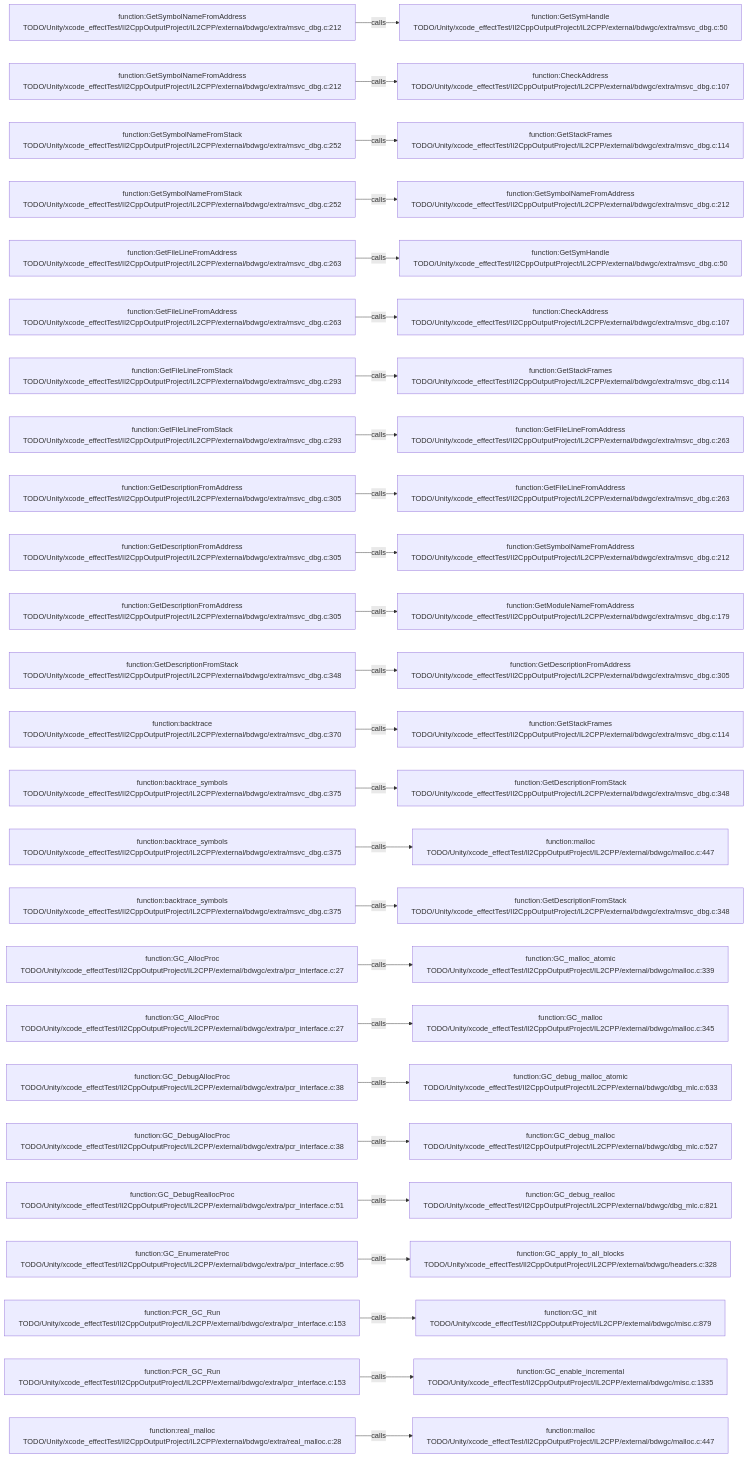
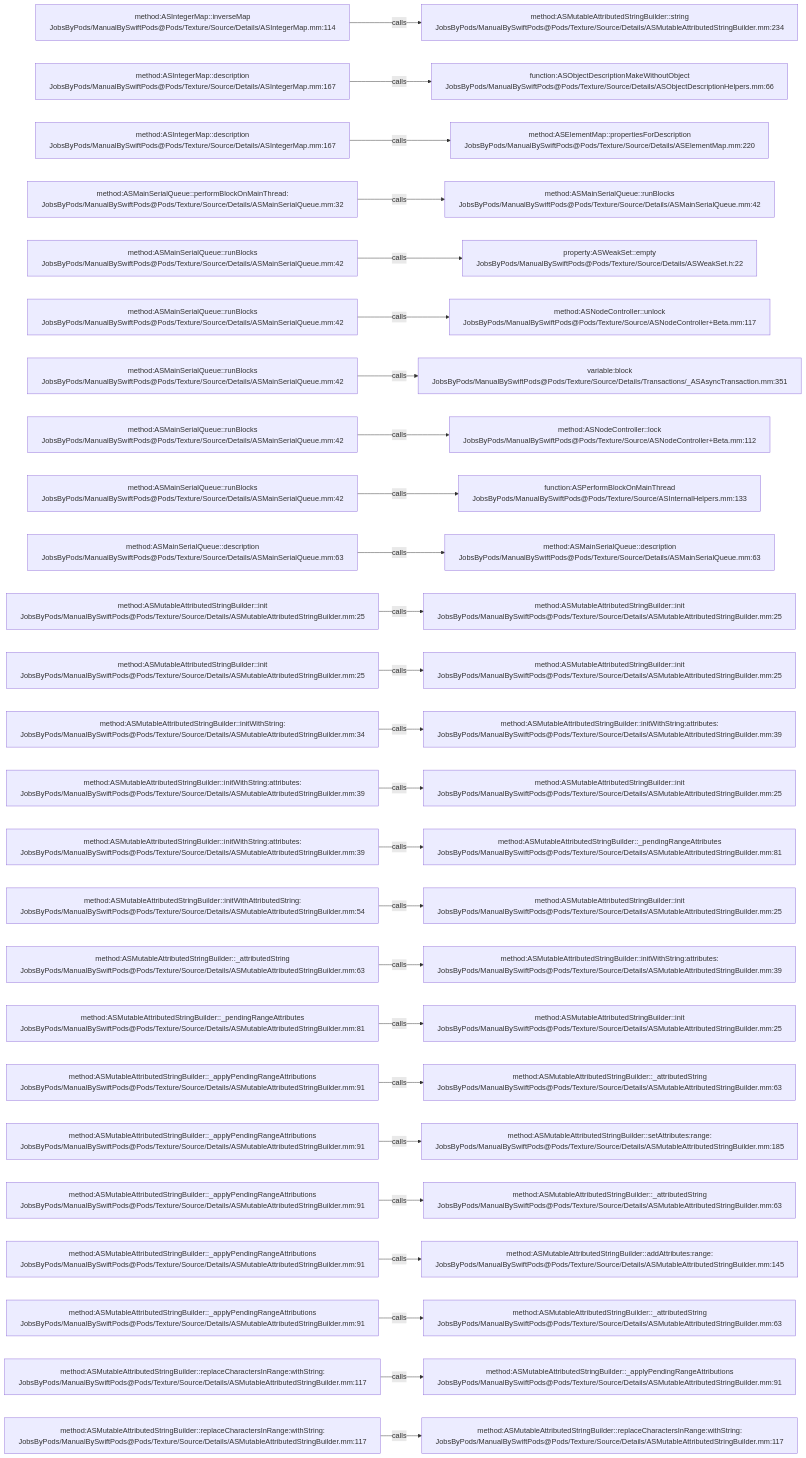
Before and after one commit to JobsKits/JobsSwiftBaseConfigDemo: the diagram in .codegraph/codegraph.md/graphs/calls-108.md, drawn with Mermaid. The commit also changed 2959 other files, not shown here.

````diff
--- a/.codegraph/codegraph.md/graphs/calls-108.md
+++ b/.codegraph/codegraph.md/graphs/calls-108.md
@@ -13,78 +13,78 @@
 ```mermaid
 flowchart LR
-  S1["function:GetSymbolNameFromAddress<br/>TODO/Unity/xcode_effectTest/Il2CppOutputProject/IL2CPP/external/bdwgc/extra/msvc_dbg.c:212"]
-  T1["function:GetSymHandle<br/>TODO/Unity/xcode_effectTest/Il2CppOutputProject/IL2CPP/external/bdwgc/extra/msvc_dbg.c:50"]
+  S1["method:ASIntegerMap::inverseMap<br/>JobsByPods/ManualBySwiftPods@Pods/Texture/Source/Details/ASIntegerMap.mm:114"]
+  T1["method:ASMutableAttributedStringBuilder::string<br/>JobsByPods/ManualBySwiftPods@Pods/Texture/Source/Details/ASMutableAttributedStringBuilder.mm:234"]
   S1 -->|calls| T1
-  S2["function:GetSymbolNameFromAddress<br/>TODO/Unity/xcode_effectTest/Il2CppOutputProject/IL2CPP/external/bdwgc/extra/msvc_dbg.c:212"]
-  T2["function:CheckAddress<br/>TODO/Unity/xcode_effectTest/Il2CppOutputProject/IL2CPP/external/bdwgc/extra/msvc_dbg.c:107"]
+  S2["method:ASIntegerMap::description<br/>JobsByPods/ManualBySwiftPods@Pods/Texture/Source/Details/ASIntegerMap.mm:167"]
+  T2["function:ASObjectDescriptionMakeWithoutObject<br/>JobsByPods/ManualBySwiftPods@Pods/Texture/Source/Details/ASObjectDescriptionHelpers.mm:66"]
   S2 -->|calls| T2
-  S3["function:GetSymbolNameFromStack<br/>TODO/Unity/xcode_effectTest/Il2CppOutputProject/IL2CPP/external/bdwgc/extra/msvc_dbg.c:252"]
-  T3["function:GetStackFrames<br/>TODO/Unity/xcode_effectTest/Il2CppOutputProject/IL2CPP/external/bdwgc/extra/msvc_dbg.c:114"]
+  S3["method:ASIntegerMap::description<br/>JobsByPods/ManualBySwiftPods@Pods/Texture/Source/Details/ASIntegerMap.mm:167"]
+  T3["method:ASElementMap::propertiesForDescription<br/>JobsByPods/ManualBySwiftPods@Pods/Texture/Source/Details/ASElementMap.mm:220"]
   S3 -->|calls| T3
-  S4["function:GetSymbolNameFromStack<br/>TODO/Unity/xcode_effectTest/Il2CppOutputProject/IL2CPP/external/bdwgc/extra/msvc_dbg.c:252"]
-  T4["function:GetSymbolNameFromAddress<br/>TODO/Unity/xcode_effectTest/Il2CppOutputProject/IL2CPP/external/bdwgc/extra/msvc_dbg.c:212"]
+  S4["method:ASMainSerialQueue::performBlockOnMainThread:<br/>JobsByPods/ManualBySwiftPods@Pods/Texture/Source/Details/ASMainSerialQueue.mm:32"]
+  T4["method:ASMainSerialQueue::runBlocks<br/>JobsByPods/ManualBySwiftPods@Pods/Texture/Source/Details/ASMainSerialQueue.mm:42"]
   S4 -->|calls| T4
-  S5["function:GetFileLineFromAddress<br/>TODO/Unity/xcode_effectTest/Il2CppOutputProject/IL2CPP/external/bdwgc/extra/msvc_dbg.c:263"]
-  T5["function:GetSymHandle<br/>TODO/Unity/xcode_effectTest/Il2CppOutputProject/IL2CPP/external/bdwgc/extra/msvc_dbg.c:50"]
+  S5["method:ASMainSerialQueue::runBlocks<br/>JobsByPods/ManualBySwiftPods@Pods/Texture/Source/Details/ASMainSerialQueue.mm:42"]
+  T5["property:ASWeakSet::empty<br/>JobsByPods/ManualBySwiftPods@Pods/Texture/Source/Details/ASWeakSet.h:22"]
   S5 -->|calls| T5
-  S6["function:GetFileLineFromAddress<br/>TODO/Unity/xcode_effectTest/Il2CppOutputProject/IL2CPP/external/bdwgc/extra/msvc_dbg.c:263"]
-  T6["function:CheckAddress<br/>TODO/Unity/xcode_effectTest/Il2CppOutputProject/IL2CPP/external/bdwgc/extra/msvc_dbg.c:107"]
+  S6["method:ASMainSerialQueue::runBlocks<br/>JobsByPods/ManualBySwiftPods@Pods/Texture/Source/Details/ASMainSerialQueue.mm:42"]
+  T6["method:ASNodeController::unlock<br/>JobsByPods/ManualBySwiftPods@Pods/Texture/Source/ASNodeController+Beta.mm:117"]
   S6 -->|calls| T6
-  S7["function:GetFileLineFromStack<br/>TODO/Unity/xcode_effectTest/Il2CppOutputProject/IL2CPP/external/bdwgc/extra/msvc_dbg.c:293"]
-  T7["function:GetStackFrames<br/>TODO/Unity/xcode_effectTest/Il2CppOutputProject/IL2CPP/external/bdwgc/extra/msvc_dbg.c:114"]
+  S7["method:ASMainSerialQueue::runBlocks<br/>JobsByPods/ManualBySwiftPods@Pods/Texture/Source/Details/ASMainSerialQueue.mm:42"]
+  T7["variable:block<br/>JobsByPods/ManualBySwiftPods@Pods/Texture/Source/Details/Transactions/_ASAsyncTransaction.mm:351"]
   S7 -->|calls| T7
-  S8["function:GetFileLineFromStack<br/>TODO/Unity/xcode_effectTest/Il2CppOutputProject/IL2CPP/external/bdwgc/extra/msvc_dbg.c:293"]
-  T8["function:GetFileLineFromAddress<br/>TODO/Unity/xcode_effectTest/Il2CppOutputProject/IL2CPP/external/bdwgc/extra/msvc_dbg.c:263"]
+  S8["method:ASMainSerialQueue::runBlocks<br/>JobsByPods/ManualBySwiftPods@Pods/Texture/Source/Details/ASMainSerialQueue.mm:42"]
+  T8["method:ASNodeController::lock<br/>JobsByPods/ManualBySwiftPods@Pods/Texture/Source/ASNodeController+Beta.mm:112"]
   S8 -->|calls| T8
-  S9["function:GetDescriptionFromAddress<br/>TODO/Unity/xcode_effectTest/Il2CppOutputProject/IL2CPP/external/bdwgc/extra/msvc_dbg.c:305"]
-  T9["function:GetFileLineFromAddress<br/>TODO/Unity/xcode_effectTest/Il2CppOutputProject/IL2CPP/external/bdwgc/extra/msvc_dbg.c:263"]
+  S9["method:ASMainSerialQueue::runBlocks<br/>JobsByPods/ManualBySwiftPods@Pods/Texture/Source/Details/ASMainSerialQueue.mm:42"]
+  T9["function:ASPerformBlockOnMainThread<br/>JobsByPods/ManualBySwiftPods@Pods/Texture/Source/ASInternalHelpers.mm:133"]
   S9 -->|calls| T9
-  S10["function:GetDescriptionFromAddress<br/>TODO/Unity/xcode_effectTest/Il2CppOutputProject/IL2CPP/external/bdwgc/extra/msvc_dbg.c:305"]
-  T10["function:GetSymbolNameFromAddress<br/>TODO/Unity/xcode_effectTest/Il2CppOutputProject/IL2CPP/external/bdwgc/extra/msvc_dbg.c:212"]
+  S10["method:ASMainSerialQueue::description<br/>JobsByPods/ManualBySwiftPods@Pods/Texture/Source/Details/ASMainSerialQueue.mm:63"]
+  T10["method:ASMainSerialQueue::description<br/>JobsByPods/ManualBySwiftPods@Pods/Texture/Source/Details/ASMainSerialQueue.mm:63"]
   S10 -->|calls| T10
-  S11["function:GetDescriptionFromAddress<br/>TODO/Unity/xcode_effectTest/Il2CppOutputProject/IL2CPP/external/bdwgc/extra/msvc_dbg.c:305"]
-  T11["function:GetModuleNameFromAddress<br/>TODO/Unity/xcode_effectTest/Il2CppOutputProject/IL2CPP/external/bdwgc/extra/msvc_dbg.c:179"]
+  S11["method:ASMutableAttributedStringBuilder::init<br/>JobsByPods/ManualBySwiftPods@Pods/Texture/Source/Details/ASMutableAttributedStringBuilder.mm:25"]
+  T11["method:ASMutableAttributedStringBuilder::init<br/>JobsByPods/ManualBySwiftPods@Pods/Texture/Source/Details/ASMutableAttributedStringBuilder.mm:25"]
   S11 -->|calls| T11
-  S12["function:GetDescriptionFromStack<br/>TODO/Unity/xcode_effectTest/Il2CppOutputProject/IL2CPP/external/bdwgc/extra/msvc_dbg.c:348"]
-  T12["function:GetDescriptionFromAddress<br/>TODO/Unity/xcode_effectTest/Il2CppOutputProject/IL2CPP/external/bdwgc/extra/msvc_dbg.c:305"]
+  S12["method:ASMutableAttributedStringBuilder::init<br/>JobsByPods/ManualBySwiftPods@Pods/Texture/Source/Details/ASMutableAttributedStringBuilder.mm:25"]
+  T12["method:ASMutableAttributedStringBuilder::init<br/>JobsByPods/ManualBySwiftPods@Pods/Texture/Source/Details/ASMutableAttributedStringBuilder.mm:25"]
   S12 -->|calls| T12
-  S13["function:backtrace<br/>TODO/Unity/xcode_effectTest/Il2CppOutputProject/IL2CPP/external/bdwgc/extra/msvc_dbg.c:370"]
-  T13["function:GetStackFrames<br/>TODO/Unity/xcode_effectTest/Il2CppOutputProject/IL2CPP/external/bdwgc/extra/msvc_dbg.c:114"]
+  S13["method:ASMutableAttributedStringBuilder::initWithString:<br/>JobsByPods/ManualBySwiftPods@Pods/Texture/Source/Details/ASMutableAttributedStringBuilder.mm:34"]
+  T13["method:ASMutableAttributedStringBuilder::initWithString:attributes:<br/>JobsByPods/ManualBySwiftPods@Pods/Texture/Source/Details/ASMutableAttributedStringBuilder.mm:39"]
   S13 -->|calls| T13
-  S14["function:backtrace_symbols<br/>TODO/Unity/xcode_effectTest/Il2CppOutputProject/IL2CPP/external/bdwgc/extra/msvc_dbg.c:375"]
-  T14["function:GetDescriptionFromStack<br/>TODO/Unity/xcode_effectTest/Il2CppOutputProject/IL2CPP/external/bdwgc/extra/msvc_dbg.c:348"]
+  S14["method:ASMutableAttributedStringBuilder::initWithString:attributes:<br/>JobsByPods/ManualBySwiftPods@Pods/Texture/Source/Details/ASMutableAttributedStringBuilder.mm:39"]
+  T14["method:ASMutableAttributedStringBuilder::init<br/>JobsByPods/ManualBySwiftPods@Pods/Texture/Source/Details/ASMutableAttributedStringBuilder.mm:25"]
   S14 -->|calls| T14
-  S15["function:backtrace_symbols<br/>TODO/Unity/xcode_effectTest/Il2CppOutputProject/IL2CPP/external/bdwgc/extra/msvc_dbg.c:375"]
-  T15["function:malloc<br/>TODO/Unity/xcode_effectTest/Il2CppOutputProject/IL2CPP/external/bdwgc/malloc.c:447"]
+  S15["method:ASMutableAttributedStringBuilder::initWithString:attributes:<br/>JobsByPods/ManualBySwiftPods@Pods/Texture/Source/Details/ASMutableAttributedStringBuilder.mm:39"]
+  T15["method:ASMutableAttributedStringBuilder::_pendingRangeAttributes<br/>JobsByPods/ManualBySwiftPods@Pods/Texture/Source/Details/ASMutableAttributedStringBuilder.mm:81"]
   S15 -->|calls| T15
-  S16["function:backtrace_symbols<br/>TODO/Unity/xcode_effectTest/Il2CppOutputProject/IL2CPP/external/bdwgc/extra/msvc_dbg.c:375"]
-  T16["function:GetDescriptionFromStack<br/>TODO/Unity/xcode_effectTest/Il2CppOutputProject/IL2CPP/external/bdwgc/extra/msvc_dbg.c:348"]
+  S16["method:ASMutableAttributedStringBuilder::initWithAttributedString:<br/>JobsByPods/ManualBySwiftPods@Pods/Texture/Source/Details/ASMutableAttributedStringBuilder.mm:54"]
+  T16["method:ASMutableAttributedStringBuilder::init<br/>JobsByPods/ManualBySwiftPods@Pods/Texture/Source/Details/ASMutableAttributedStringBuilder.mm:25"]
   S16 -->|calls| T16
-  S17["function:GC_AllocProc<br/>TODO/Unity/xcode_effectTest/Il2CppOutputProject/IL2CPP/external/bdwgc/extra/pcr_interface.c:27"]
-  T17["function:GC_malloc_atomic<br/>TODO/Unity/xcode_effectTest/Il2CppOutputProject/IL2CPP/external/bdwgc/malloc.c:339"]
+  S17["method:ASMutableAttributedStringBuilder::_attributedString<br/>JobsByPods/ManualBySwiftPods@Pods/Texture/Source/Details/ASMutableAttributedStringBuilder.mm:63"]
+  T17["method:ASMutableAttributedStringBuilder::initWithString:attributes:<br/>JobsByPods/ManualBySwiftPods@Pods/Texture/Source/Details/ASMutableAttributedStringBuilder.mm:39"]
   S17 -->|calls| T17
-  S18["function:GC_AllocProc<br/>TODO/Unity/xcode_effectTest/Il2CppOutputProject/IL2CPP/external/bdwgc/extra/pcr_interface.c:27"]
-  T18["function:GC_malloc<br/>TODO/Unity/xcode_effectTest/Il2CppOutputProject/IL2CPP/external/bdwgc/malloc.c:345"]
+  S18["method:ASMutableAttributedStringBuilder::_pendingRangeAttributes<br/>JobsByPods/ManualBySwiftPods@Pods/Texture/Source/Details/ASMutableAttributedStringBuilder.mm:81"]
+  T18["method:ASMutableAttributedStringBuilder::init<br/>JobsByPods/ManualBySwiftPods@Pods/Texture/Source/Details/ASMutableAttributedStringBuilder.mm:25"]
   S18 -->|calls| T18
-  S19["function:GC_DebugAllocProc<br/>TODO/Unity/xcode_effectTest/Il2CppOutputProject/IL2CPP/external/bdwgc/extra/pcr_interface.c:38"]
-  T19["function:GC_debug_malloc_atomic<br/>TODO/Unity/xcode_effectTest/Il2CppOutputProject/IL2CPP/external/bdwgc/dbg_mlc.c:633"]
+  S19["method:ASMutableAttributedStringBuilder::_applyPendingRangeAttributions<br/>JobsByPods/ManualBySwiftPods@Pods/Texture/Source/Details/ASMutableAttributedStringBuilder.mm:91"]
+  T19["method:ASMutableAttributedStringBuilder::_attributedString<br/>JobsByPods/ManualBySwiftPods@Pods/Texture/Source/Details/ASMutableAttributedStringBuilder.mm:63"]
   S19 -->|calls| T19
-  S20["function:GC_DebugAllocProc<br/>TODO/Unity/xcode_effectTest/Il2CppOutputProject/IL2CPP/external/bdwgc/extra/pcr_interface.c:38"]
-  T20["function:GC_debug_malloc<br/>TODO/Unity/xcode_effectTest/Il2CppOutputProject/IL2CPP/external/bdwgc/dbg_mlc.c:527"]
+  S20["method:ASMutableAttributedStringBuilder::_applyPendingRangeAttributions<br/>JobsByPods/ManualBySwiftPods@Pods/Texture/Source/Details/ASMutableAttributedStringBuilder.mm:91"]
+  T20["method:ASMutableAttributedStringBuilder::setAttributes:range:<br/>JobsByPods/ManualBySwiftPods@Pods/Texture/Source/Details/ASMutableAttributedStringBuilder.mm:185"]
   S20 -->|calls| T20
-  S21["function:GC_DebugReallocProc<br/>TODO/Unity/xcode_effectTest/Il2CppOutputProject/IL2CPP/external/bdwgc/extra/pcr_interface.c:51"]
-  T21["function:GC_debug_realloc<br/>TODO/Unity/xcode_effectTest/Il2CppOutputProject/IL2CPP/external/bdwgc/dbg_mlc.c:821"]
+  S21["method:ASMutableAttributedStringBuilder::_applyPendingRangeAttributions<br/>JobsByPods/ManualBySwiftPods@Pods/Texture/Source/Details/ASMutableAttributedStringBuilder.mm:91"]
+  T21["method:ASMutableAttributedStringBuilder::_attributedString<br/>JobsByPods/ManualBySwiftPods@Pods/Texture/Source/Details/ASMutableAttributedStringBuilder.mm:63"]
   S21 -->|calls| T21
-  S22["function:GC_EnumerateProc<br/>TODO/Unity/xcode_effectTest/Il2CppOutputProject/IL2CPP/external/bdwgc/extra/pcr_interface.c:95"]
-  T22["function:GC_apply_to_all_blocks<br/>TODO/Unity/xcode_effectTest/Il2CppOutputProject/IL2CPP/external/bdwgc/headers.c:328"]
+  S22["method:ASMutableAttributedStringBuilder::_applyPendingRangeAttributions<br/>JobsByPods/ManualBySwiftPods@Pods/Texture/Source/Details/ASMutableAttributedStringBuilder.mm:91"]
+  T22["method:ASMutableAttributedStringBuilder::addAttributes:range:<br/>JobsByPods/ManualBySwiftPods@Pods/Texture/Source/Details/ASMutableAttributedStringBuilder.mm:145"]
   S22 -->|calls| T22
-  S23["function:PCR_GC_Run<br/>TODO/Unity/xcode_effectTest/Il2CppOutputProject/IL2CPP/external/bdwgc/extra/pcr_interface.c:153"]
-  T23["function:GC_init<br/>TODO/Unity/xcode_effectTest/Il2CppOutputProject/IL2CPP/external/bdwgc/misc.c:879"]
+  S23["method:ASMutableAttributedStringBuilder::_applyPendingRangeAttributions<br/>JobsByPods/ManualBySwiftPods@Pods/Texture/Source/Details/ASMutableAttributedStringBuilder.mm:91"]
+  T23["method:ASMutableAttributedStringBuilder::_attributedString<br/>JobsByPods/ManualBySwiftPods@Pods/Texture/Source/Details/ASMutableAttributedStringBuilder.mm:63"]
   S23 -->|calls| T23
-  S24["function:PCR_GC_Run<br/>TODO/Unity/xcode_effectTest/Il2CppOutputProject/IL2CPP/external/bdwgc/extra/pcr_interface.c:153"]
-  T24["function:GC_enable_incremental<br/>TODO/Unity/xcode_effectTest/Il2CppOutputProject/IL2CPP/external/bdwgc/misc.c:1335"]
+  S24["method:ASMutableAttributedStringBuilder::replaceCharactersInRange:withString:<br/>JobsByPods/ManualBySwiftPods@Pods/Texture/Source/Details/ASMutableAttributedStringBuilder.mm:117"]
+  T24["method:ASMutableAttributedStringBuilder::_applyPendingRangeAttributions<br/>JobsByPods/ManualBySwiftPods@Pods/Texture/Source/Details/ASMutableAttributedStringBuilder.mm:91"]
   S24 -->|calls| T24
-  S25["function:real_malloc<br/>TODO/Unity/xcode_effectTest/Il2CppOutputProject/IL2CPP/external/bdwgc/extra/real_malloc.c:28"]
-  T25["function:malloc<br/>TODO/Unity/xcode_effectTest/Il2CppOutputProject/IL2CPP/external/bdwgc/malloc.c:447"]
+  S25["method:ASMutableAttributedStringBuilder::replaceCharactersInRange:withString:<br/>JobsByPods/ManualBySwiftPods@Pods/Texture/Source/Details/ASMutableAttributedStringBuilder.mm:117"]
+  T25["method:ASMutableAttributedStringBuilder::replaceCharactersInRange:withString:<br/>JobsByPods/ManualBySwiftPods@Pods/Texture/Source/Details/ASMutableAttributedStringBuilder.mm:117"]
   S25 -->|calls| T25
 ```
````
